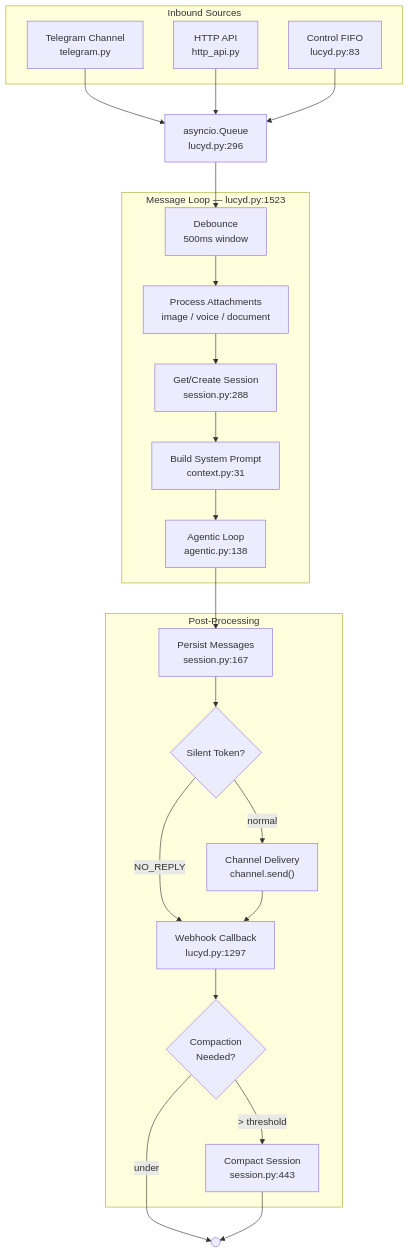
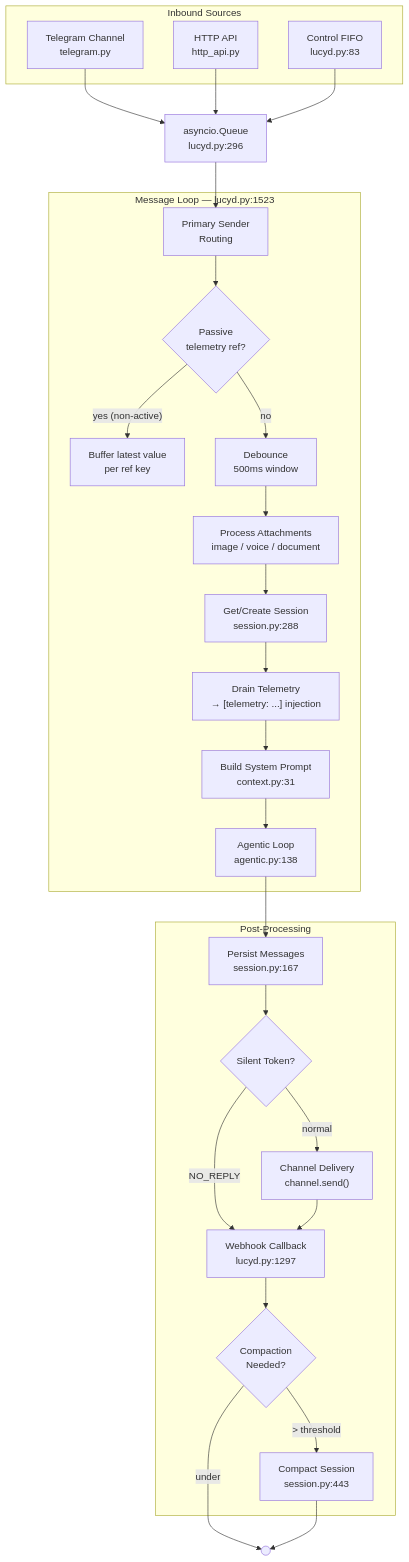
One commit to nicolasforstinger/lucyd changed the first of 8 diagrams in docs/diagrams.md. Above: the diagram before and after it, drawn with Mermaid. The commit also changed other lines of this file and 6 other files, not shown here.

First line of the commit message:
docs: sync README, architecture, operations, config, diagrams, audit

````diff
--- a/docs/diagrams.md
+++ b/docs/diagrams.md
@@ -11,39 +11,45 @@
 ```mermaid
 flowchart TD
     subgraph Sources["Inbound Sources"]
         TG["Telegram Channel<br/>telegram.py"]
         HTTP["HTTP API<br/>http_api.py"]
         FIFO["Control FIFO<br/>lucyd.py:83"]
     end
 
     Q["asyncio.Queue<br/>lucyd.py:296"]
 
     subgraph Loop["Message Loop — lucyd.py:1523"]
+        PRIMARY["Primary Sender<br/>Routing"]
+        PASSIVE{"Passive<br/>telemetry ref?"}
+        BUFFER["Buffer latest value<br/>per ref key"]
         DEB["Debounce<br/>500ms window"]
         MEDIA["Process Attachments<br/>image / voice / document"]
         SESSION["Get/Create Session<br/>session.py:288"]
+        TELEM["Drain Telemetry<br/>→ [telemetry: ...] injection"]
         CTX["Build System Prompt<br/>context.py:31"]
         AGENTIC["Agentic Loop<br/>agentic.py:138"]
     end
 
     subgraph Post["Post-Processing"]
         PERSIST["Persist Messages<br/>session.py:167"]
         SILENT{"Silent Token?"}
         DELIVER["Channel Delivery<br/>channel.send()"]
         WEBHOOK["Webhook Callback<br/>lucyd.py:1297"]
         COMPACT{"Compaction<br/>Needed?"}
         DO_COMPACT["Compact Session<br/>session.py:443"]
     end
 
     TG --> Q
     HTTP --> Q
     FIFO --> Q
-    Q --> DEB --> MEDIA --> SESSION --> CTX --> AGENTIC
+    Q --> PRIMARY --> PASSIVE
+    PASSIVE -->|"yes (non-active)"| BUFFER
+    PASSIVE -->|no| DEB --> MEDIA --> SESSION --> TELEM --> CTX --> AGENTIC
     AGENTIC --> PERSIST --> SILENT
     SILENT -->|"NO_REPLY"| WEBHOOK
     SILENT -->|normal| DELIVER --> WEBHOOK
     WEBHOOK --> COMPACT
     COMPACT -->|"> threshold"| DO_COMPACT
     COMPACT -->|under| END(( ))
     DO_COMPACT --> END
 ```
````
